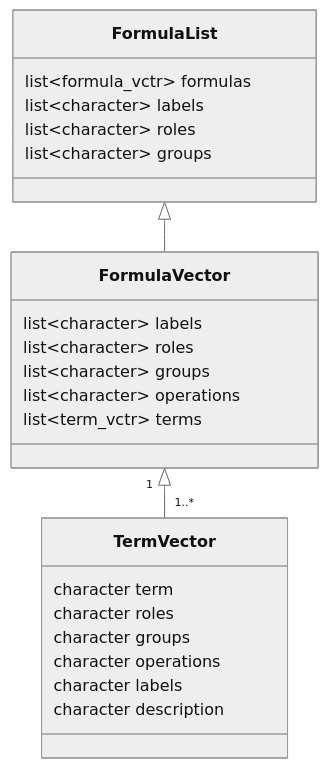
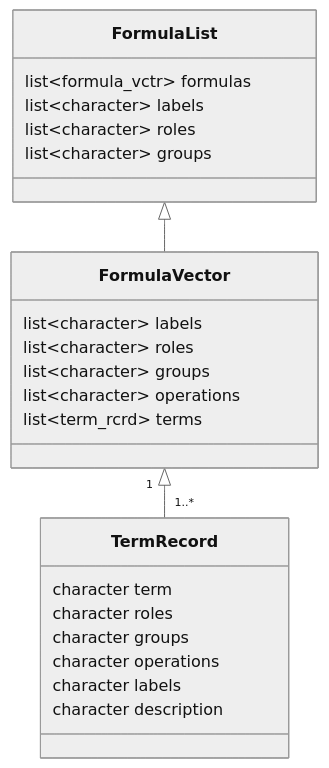
One commit to shah-in-boots/notes changed the diagram in docs/Epidemiology/programming-formula-lists.md. Above: the diagram before and after it, drawn with Mermaid (neutral theme). The commit also changed other lines of this file, not shown here.

Commit message:
reworking formula thoughts

````diff
--- a/docs/Epidemiology/programming-formula-lists.md
+++ b/docs/Epidemiology/programming-formula-lists.md
@@ -26,31 +26,31 @@
 ```mermaid
 classDiagram
 direction TB
 
 class FormulaList {
 	list~formula_vctr~ formulas
 	list~character~ labels
 	list~character~ roles
 	list~character~ groups
 }
 
 class FormulaVector {
 	list~character~ labels
 	list~character~ roles
 	list~character~ groups
 	list~character~ operations
-	list~term_vctr~ terms
+	list~term_rcrd~ terms
 }
 
-class TermVector {
+class TermRecord {
 	character term
 	character roles
 	character groups
 	character operations
 	character labels
 	character description
 }
 
 FormulaList <|-- FormulaVector
-FormulaVector "1" <|-- "1..*" TermVector
+FormulaVector "1" <|-- "1..*" TermRecord
 ```
````
